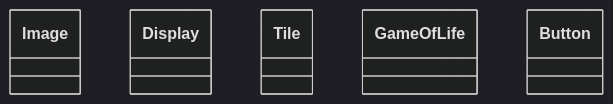
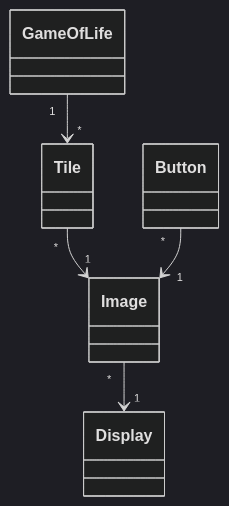
One commit to MiikaMatias/ot-harjoitustyo changed the diagram in documentation/architecture.md. Above: the diagram before and after it, drawn with Mermaid (dark theme).

````diff
--- a/documentation/architecture.md
+++ b/documentation/architecture.md
@@ -2,20 +2,24 @@
 ```mermaid
  classDiagram
  
-  
+      Tile "*" --> "1" Image
+      Button "*" --> "1" Image
       
+      Image "*" --> "1" Display
+      
+      GameOfLife "1" --> "*" Tile
       class Image {
       }
       
       class Display {
       }
       
       class Tile {
       }
       
       class GameOfLife {
       }
       
       class Button {
       }
 ```
````
